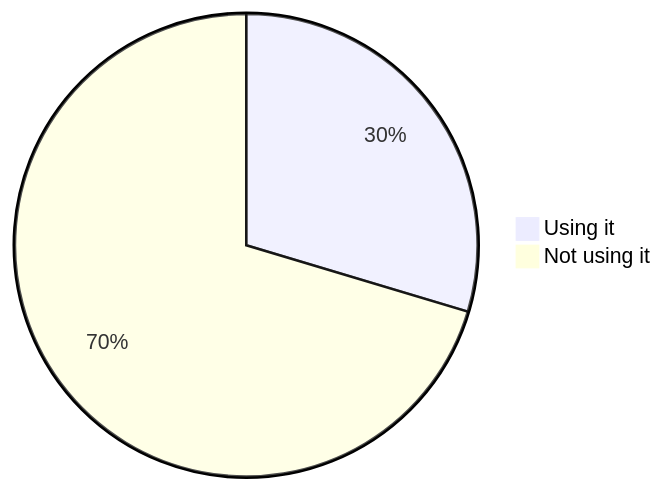
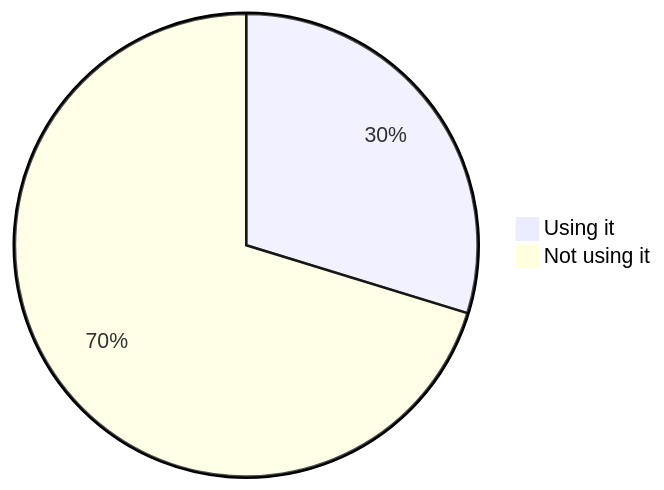
Diagram 15 of 22 in stats.md (oshp/oshp-stats), drawn with Mermaid before and after one commit. The commit also changed other lines of this file, not shown here.

````diff
--- a/stats.md
+++ b/stats.md
@@ -178,6 +178,6 @@
 ```mermaid
 pie
-	"Using it" : 29.63
-	"Not using it" : 70.37
+	"Using it" : 29.74
+	"Not using it" : 70.26
 
 ```
````
